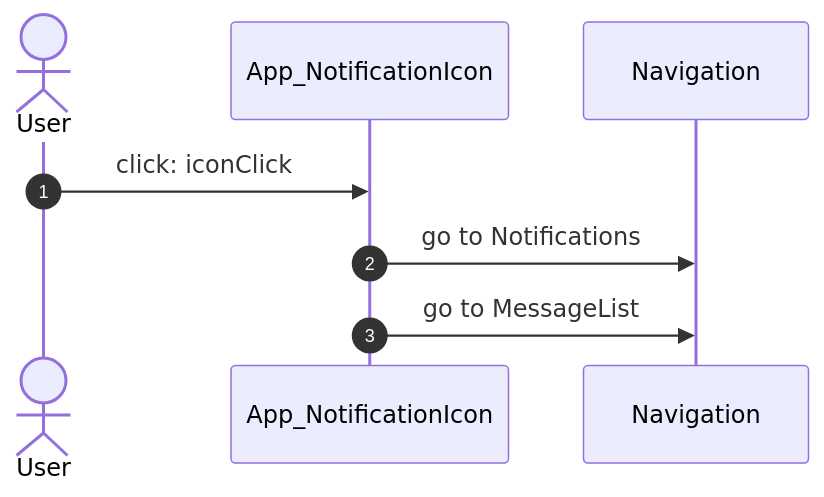
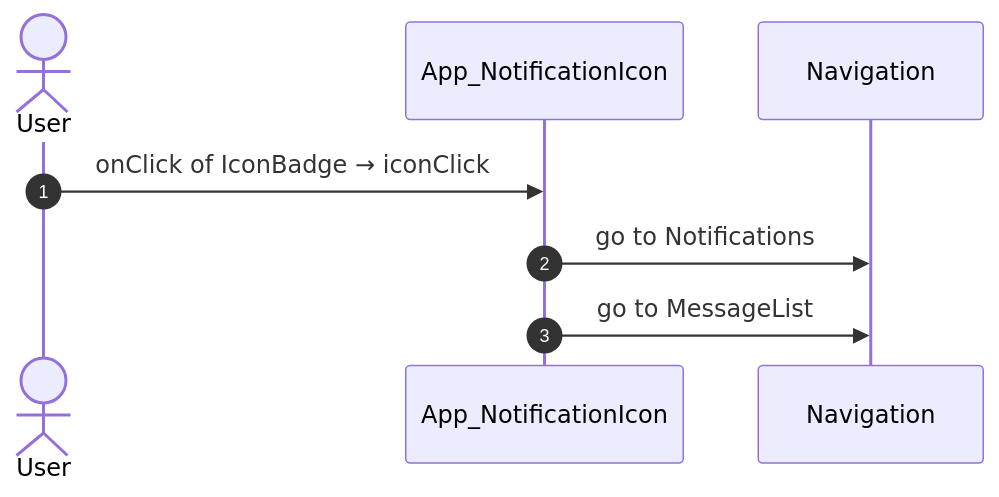
Before and after one commit to Phoenix-DX/connect-new-ui: the seventh of 51 diagrams in migration/route-actions/HomeFeed.md, drawn with Mermaid. The commit also changed other lines of this file and 9 other files, not shown here.

Commit message:
route actions: facts only; user actions as two independent lists (OutSystems view bindings, React JSX bindings) with Mermaid sequences; factual call columns (direct caller, chains, React references); app shell by definition (survey shell, main.tsx code); constants read for React paths

````diff
--- a/migration/route-actions/HomeFeed.md
+++ b/migration/route-actions/HomeFeed.md
@@ -302,10 +258,10 @@
 ```mermaid
 sequenceDiagram
   autonumber
   actor U as User
   participant B as App_NotificationIcon
   participant N as Navigation
-  U->>B: click: iconClick
+  U->>B: onClick of IconBadge → iconClick
   B->>N: go to Notifications
   B->>N: go to MessageList
 ```
````
